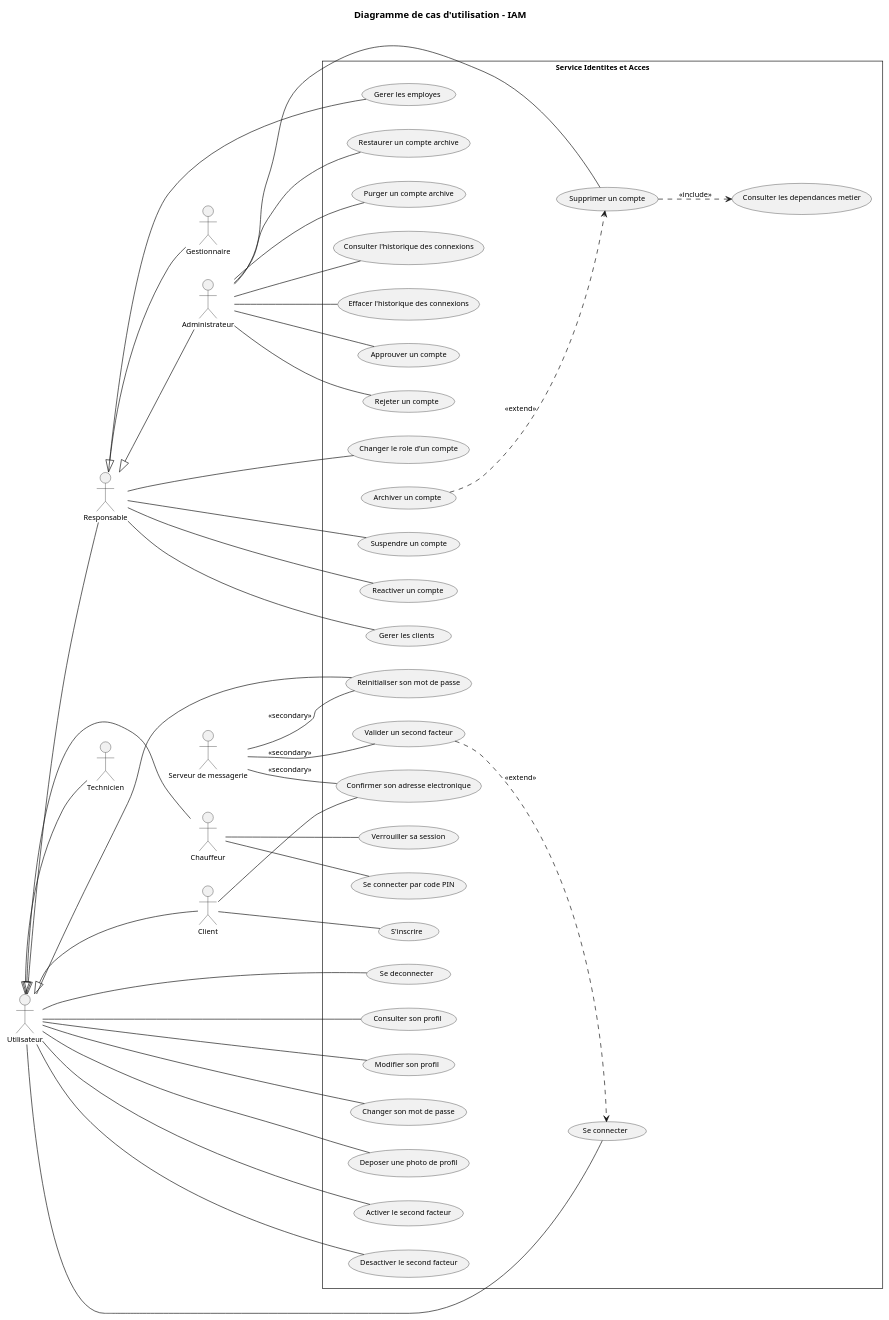
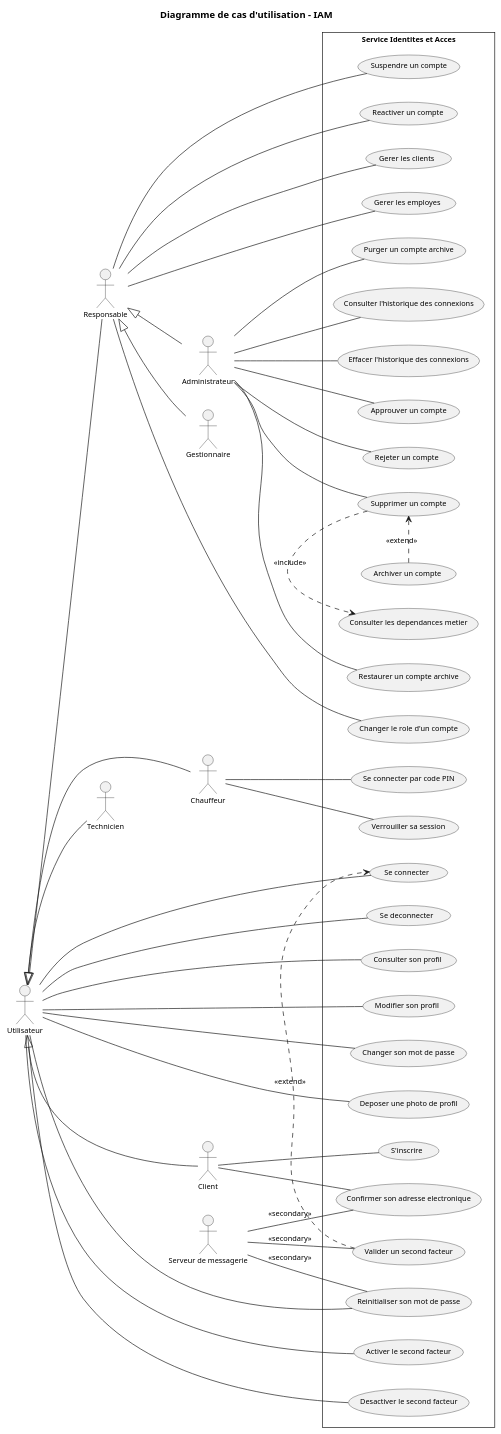
The diagram in docs/diagrams/microservices/IAM/IAM-usecase.puml (saber-barhoumi/Xpark-gmao), drawn with PlantUML before and after one commit. The commit also changed 23 other files, not shown here.

First line of the commit message:
docs(uml): mise en page des cas d'utilisation et des communications

```diff
--- a/docs/diagrams/microservices/IAM/IAM-usecase.puml
+++ b/docs/diagrams/microservices/IAM/IAM-usecase.puml
@@ -1,97 +1,100 @@
 @startuml
 skinparam style strictuml
 skinparam packageStyle rectangle
 skinparam shadowing false
 skinparam defaultFontName Verdana
 skinparam defaultFontSize 11
 skinparam backgroundColor #FFFFFF
 left to right direction
 
 title Diagramme de cas d'utilisation - IAM
 
-' Acteurs principaux (a gauche)
+' Acteurs principaux, empiles verticalement a gauche
 actor "Utilisateur" as Utilisateur
 actor "Responsable" as Responsable
 actor "Administrateur" as Administrateur
 actor "Gestionnaire" as Gestionnaire
 actor "Chauffeur" as Chauffeur
 actor "Technicien" as Technicien
 actor "Client" as Client
 
-Utilisateur <|-- Responsable
-Responsable <|-- Administrateur
-Responsable <|-- Gestionnaire
-Utilisateur <|-- Chauffeur
-Utilisateur <|-- Technicien
-Utilisateur <|-- Client
+' Generalisation : triangle creux, de l'enfant vers le parent
+Administrateur -up-|> Responsable
+Gestionnaire -up-|> Responsable
+Responsable -up-|> Utilisateur
+Chauffeur -up-|> Utilisateur
+Technicien -up-|> Utilisateur
+Client -up-|> Utilisateur
 
 rectangle "Service Identites et Acces" {
   usecase "Se connecter" as UC_Se_connecter
+  usecase "Valider un second facteur" as UC_Valider_un_second_facteur
   usecase "Se deconnecter" as UC_Se_deconnecter
-  usecase "S'inscrire" as UC_S_inscrire
-  usecase "Valider un second facteur" as UC_Valider_un_second_facteur
   usecase "Reinitialiser son mot de passe" as UC_Reinitialiser_son_mot_de_passe
-  usecase "Confirmer son adresse electronique" as UC_Confirmer_son_adresse_electronique
-  usecase "Se connecter par code PIN" as UC_Se_connecter_par_code_PIN
-  usecase "Verrouiller sa session" as UC_Verrouiller_sa_session
   usecase "Consulter son profil" as UC_Consulter_son_profil
   usecase "Modifier son profil" as UC_Modifier_son_profil
   usecase "Changer son mot de passe" as UC_Changer_son_mot_de_passe
   usecase "Deposer une photo de profil" as UC_Deposer_une_photo_de_profil
-  usecase "Approuver un compte" as UC_Approuver_un_compte
-  usecase "Rejeter un compte" as UC_Rejeter_un_compte
+  usecase "Activer le second facteur" as UC_Activer_le_second_facteur
+  usecase "Desactiver le second facteur" as UC_Desactiver_le_second_facteur
   usecase "Changer le role d'un compte" as UC_Changer_le_role_d_un_compte
   usecase "Suspendre un compte" as UC_Suspendre_un_compte
   usecase "Reactiver un compte" as UC_Reactiver_un_compte
+  usecase "Gerer les clients" as UC_Gerer_les_clients
+  usecase "Gerer les employes" as UC_Gerer_les_employes
+  usecase "Approuver un compte" as UC_Approuver_un_compte
+  usecase "Rejeter un compte" as UC_Rejeter_un_compte
   usecase "Supprimer un compte" as UC_Supprimer_un_compte
   usecase "Consulter les dependances metier" as UC_Consulter_les_dependances_metier
   usecase "Archiver un compte" as UC_Archiver_un_compte
   usecase "Restaurer un compte archive" as UC_Restaurer_un_compte_archive
   usecase "Purger un compte archive" as UC_Purger_un_compte_archive
-  usecase "Activer le second facteur" as UC_Activer_le_second_facteur
-  usecase "Desactiver le second facteur" as UC_Desactiver_le_second_facteur
   usecase "Consulter l'historique des connexions" as UC_Consulter_l_historique_des_connexi
   usecase "Effacer l'historique des connexions" as UC_Effacer_l_historique_des_connexion
-  usecase "Gerer les clients" as UC_Gerer_les_clients
-  usecase "Gerer les employes" as UC_Gerer_les_employes
+  usecase "Se connecter par code PIN" as UC_Se_connecter_par_code_PIN
+  usecase "Verrouiller sa session" as UC_Verrouiller_sa_session
+  usecase "S'inscrire" as UC_S_inscrire
+  usecase "Confirmer son adresse electronique" as UC_Confirmer_son_adresse_electronique
 }
 
-' Acteurs secondaires (a droite, hors frontiere)
+' Acteurs secondaires, a droite, hors de la frontiere
 actor "Serveur de messagerie" as SMTP
 
-' Associations : trait continu sans fleche (UML : relation d'association)
-Utilisateur -- UC_Activer_le_second_facteur
-Utilisateur -- UC_Changer_son_mot_de_passe
-Utilisateur -- UC_Consulter_son_profil
-Utilisateur -- UC_Deposer_une_photo_de_profil
-Utilisateur -- UC_Desactiver_le_second_facteur
-Utilisateur -- UC_Modifier_son_profil
-Utilisateur -- UC_Reinitialiser_son_mot_de_passe
+' Associations : trait continu sans fleche (relation d'association)
 Utilisateur -- UC_Se_connecter
 Utilisateur -- UC_Se_deconnecter
+Utilisateur -- UC_Reinitialiser_son_mot_de_passe
+Utilisateur -- UC_Consulter_son_profil
+Utilisateur -- UC_Modifier_son_profil
+Utilisateur -- UC_Changer_son_mot_de_passe
+Utilisateur -- UC_Deposer_une_photo_de_profil
+Utilisateur -- UC_Activer_le_second_facteur
+Utilisateur -- UC_Desactiver_le_second_facteur
 Responsable -- UC_Changer_le_role_d_un_compte
+Responsable -- UC_Suspendre_un_compte
+Responsable -- UC_Reactiver_un_compte
 Responsable -- UC_Gerer_les_clients
 Responsable -- UC_Gerer_les_employes
-Responsable -- UC_Reactiver_un_compte
-Responsable -- UC_Suspendre_un_compte
 Administrateur -- UC_Approuver_un_compte
+Administrateur -- UC_Rejeter_un_compte
+Administrateur -- UC_Supprimer_un_compte
+Administrateur -- UC_Restaurer_un_compte_archive
+Administrateur -- UC_Purger_un_compte_archive
 Administrateur -- UC_Consulter_l_historique_des_connexi
 Administrateur -- UC_Effacer_l_historique_des_connexion
-Administrateur -- UC_Purger_un_compte_archive
-Administrateur -- UC_Rejeter_un_compte
-Administrateur -- UC_Restaurer_un_compte_archive
-Administrateur -- UC_Supprimer_un_compte
 Chauffeur -- UC_Se_connecter_par_code_PIN
 Chauffeur -- UC_Verrouiller_sa_session
+Client -- UC_S_inscrire
 Client -- UC_Confirmer_son_adresse_electronique
-Client -- UC_S_inscrire
 
 SMTP -- UC_Valider_un_second_facteur : << secondary >>
 SMTP -- UC_Confirmer_son_adresse_electronique : << secondary >>
 SMTP -- UC_Reinitialiser_son_mot_de_passe : << secondary >>
 
-UC_Supprimer_un_compte ..> UC_Consulter_les_dependances_metier : << include >>
-UC_Valider_un_second_facteur ..> UC_Se_connecter : << extend >>
-UC_Archiver_un_compte ..> UC_Supprimer_un_compte : << extend >>
+' << include >> : du cas de base vers le cas obligatoire
+UC_Supprimer_un_compte .[norank].> UC_Consulter_les_dependances_metier : << include >>
+' << extend >> : du cas optionnel vers le cas de base
+UC_Valider_un_second_facteur .[norank].> UC_Se_connecter : << extend >>
+UC_Archiver_un_compte .[norank].> UC_Supprimer_un_compte : << extend >>
 
 @enduml
```
